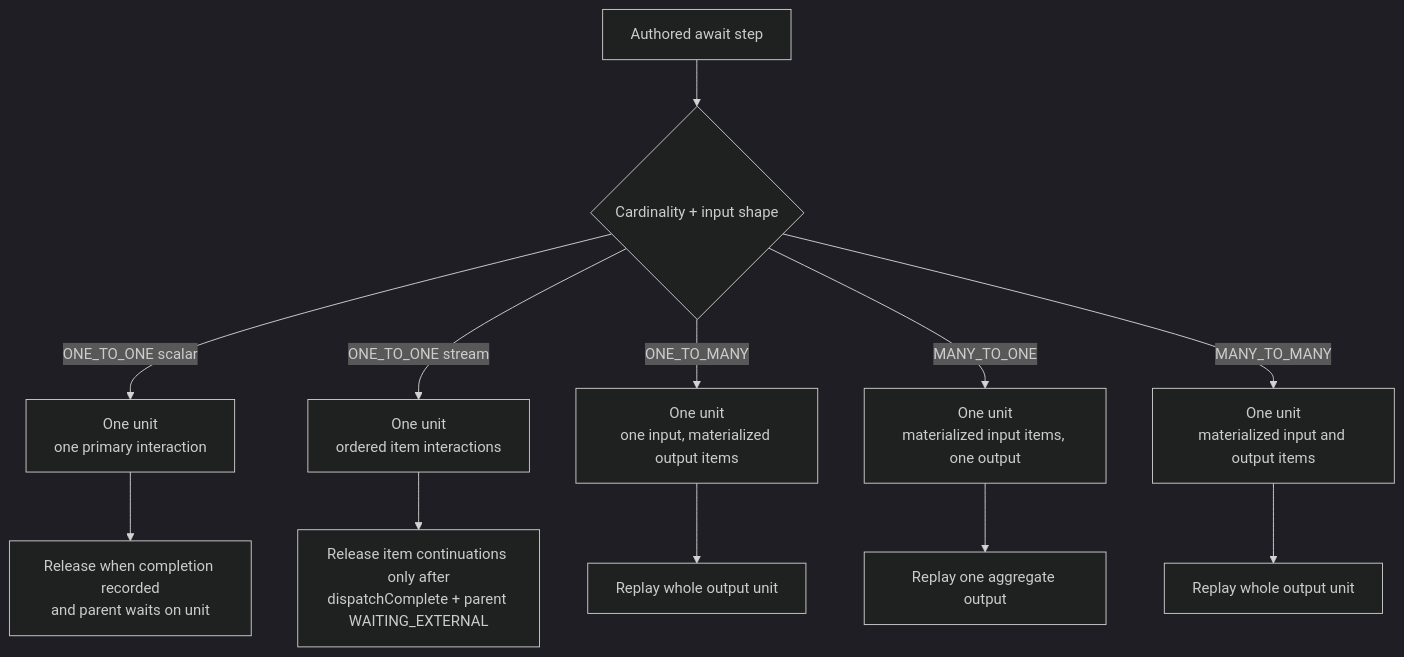
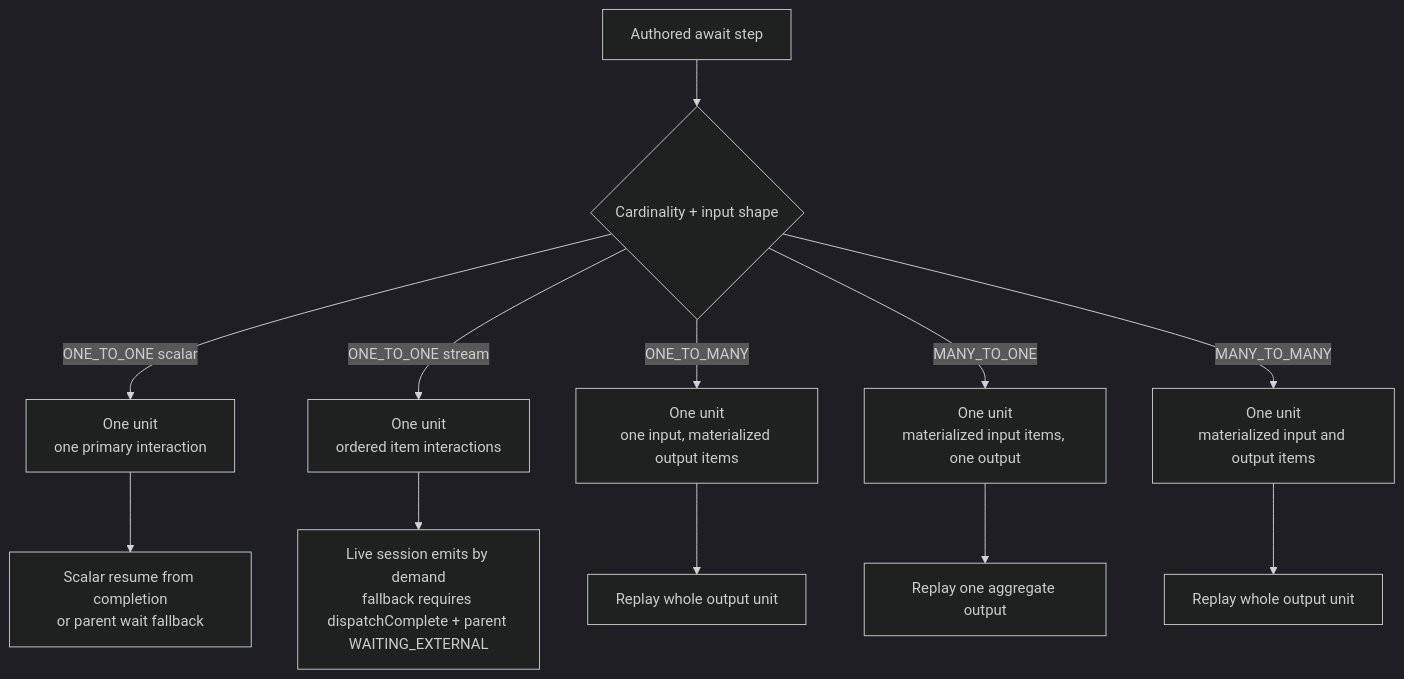
One commit to The-Pipeline-Framework/pipelineframework changed the third of 7 diagrams in docs/evolve/await-unit-runtime/sequences.md. Above: the diagram before and after it, drawn with Mermaid (dark theme). The commit also changed other lines of this file and 32 other files, not shown here.

Commit message:
Make CSV await completions flow live

````diff
--- a/docs/evolve/await-unit-runtime/sequences.md
+++ b/docs/evolve/await-unit-runtime/sequences.md
@@ -71,14 +80,14 @@
 ```mermaid
 flowchart TD
     A["Authored await step"] --> B{"Cardinality + input shape"}
     B -->|ONE_TO_ONE scalar| C["One unit<br/>one primary interaction"]
     B -->|ONE_TO_ONE stream| D["One unit<br/>ordered item interactions"]
     B -->|ONE_TO_MANY| E["One unit<br/>one input, materialized output items"]
     B -->|MANY_TO_ONE| F["One unit<br/>materialized input items, one output"]
     B -->|MANY_TO_MANY| G["One unit<br/>materialized input and output items"]
-    C --> H["Release when completion recorded<br/>and parent waits on unit"]
-    D --> I["Release item continuations only after<br/>dispatchComplete + parent WAITING_EXTERNAL"]
+    C --> H["Scalar resume from completion<br/>or parent wait fallback"]
+    D --> I["Live session emits by demand<br/>fallback requires dispatchComplete + parent WAITING_EXTERNAL"]
     E --> J["Replay whole output unit"]
     F --> K["Replay one aggregate output"]
     G --> L["Replay whole output unit"]
 ```
````
